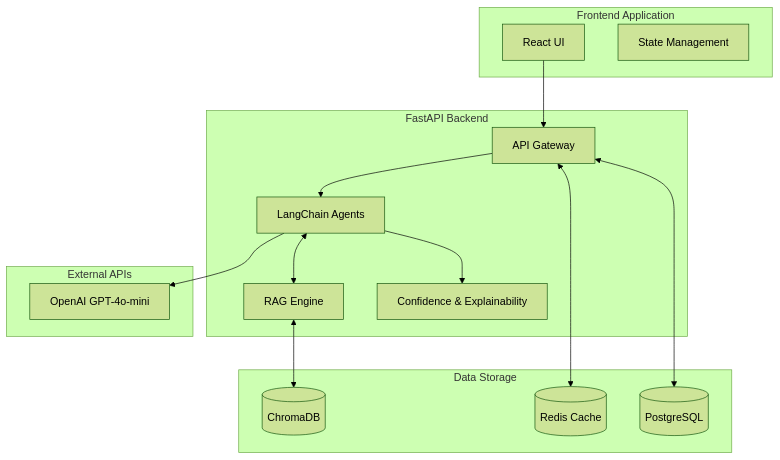
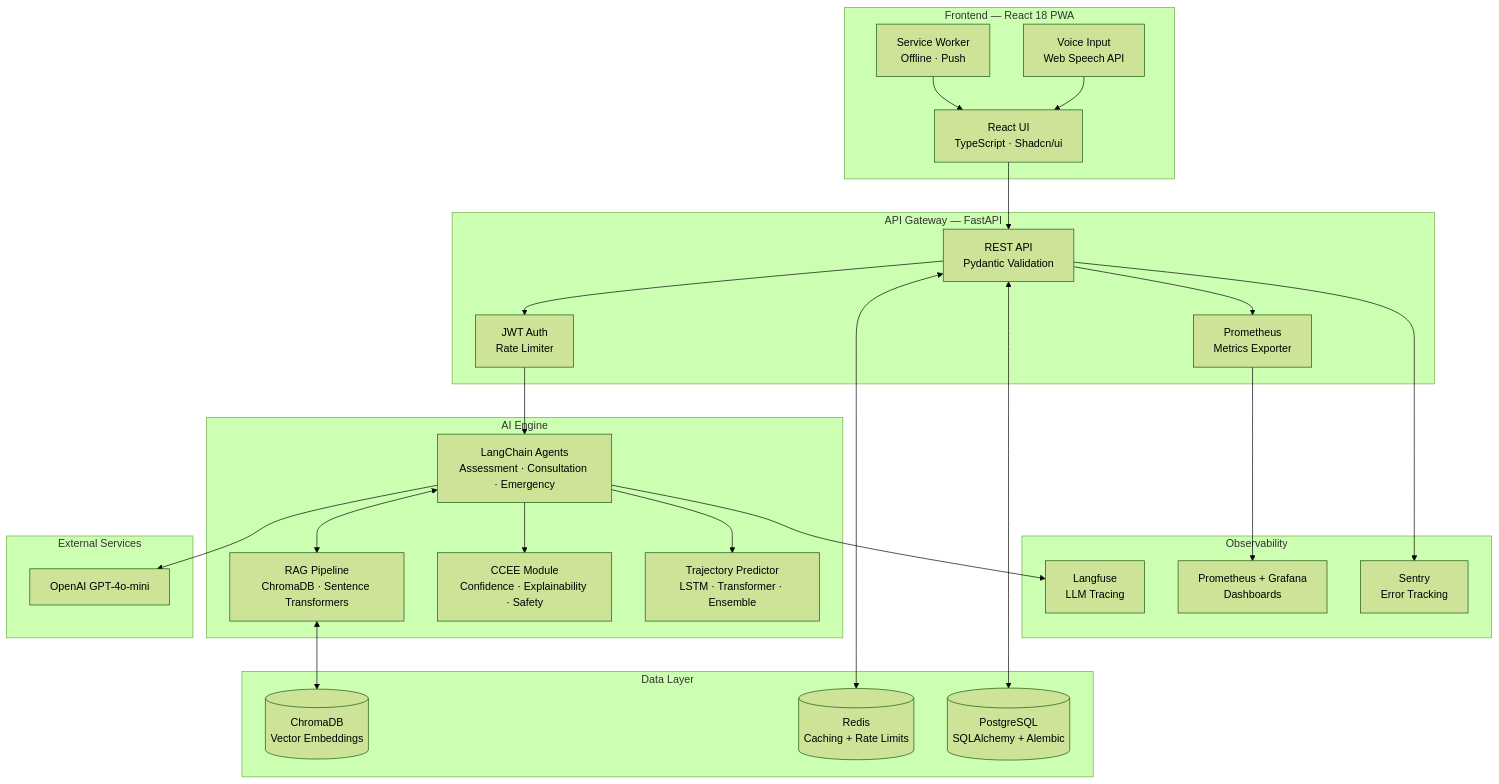
The first of 2 diagrams in README.md (josephkamau32/Telivus-AI), drawn with Mermaid (forest theme) before and after one commit. The commit also changed other lines of this file, not shown here.

Commit message:
docs: rewrite README with DSGVO compliance, architecture diagrams, and recruiter-focused structure

````diff
--- a/README.md
+++ b/README.md
@@ -58,37 +105,54 @@
 ```mermaid
 graph TD
-    %% Frontend Layer
-    subgraph Frontend [Frontend Application]
-        UI[React UI]
-        State[State Management]
+    subgraph Client ["Frontend — React 18 PWA"]
+        UI["React UI<br/>TypeScript · Shadcn/ui"]
+        SW["Service Worker<br/>Offline · Push"]
+        Voice["Voice Input<br/>Web Speech API"]
     end
 
-    %% Backend Layer
-    subgraph Backend [FastAPI Backend]
-        API[API Gateway]
-        Agents[LangChain Agents]
-        RAG[RAG Engine]
-        CCEE[Confidence & Explainability]
+    subgraph Gateway ["API Gateway — FastAPI"]
+        API["REST API<br/>Pydantic Validation"]
+        Auth["JWT Auth<br/>Rate Limiter"]
+        Metrics["Prometheus<br/>Metrics Exporter"]
     end
 
-    %% Storage Layer
-    subgraph Storage [Data Storage]
-        PG[(PostgreSQL)]
-        Redis[(Redis Cache)]
-        Chroma[(ChromaDB)]
+    subgraph AI ["AI Engine"]
+        Agents["LangChain Agents<br/>Assessment · Consultation · Emergency"]
+        RAG["RAG Pipeline<br/>ChromaDB · Sentence Transformers"]
+        CCEE["CCEE Module<br/>Confidence · Explainability · Safety"]
+        Trajectory["Trajectory Predictor<br/>LSTM · Transformer · Ensemble"]
     end
 
-    %% External Services
-    subgraph External [External APIs]
-        LLM[OpenAI GPT-4o-mini]
+    subgraph Data ["Data Layer"]
+        PG[("PostgreSQL<br/>SQLAlchemy + Alembic")]
+        Redis[("Redis<br/>Caching + Rate Limits")]
+        Chroma[("ChromaDB<br/>Vector Embeddings")]
+    end
+
+    subgraph Ops ["Observability"]
+        Langfuse["Langfuse<br/>LLM Tracing"]
+        Sentry["Sentry<br/>Error Tracking"]
+        Prom["Prometheus + Grafana<br/>Dashboards"]
+    end
+
+    subgraph External ["External Services"]
+        LLM["OpenAI GPT-4o-mini"]
     end
 
     UI --> API
-    API --> Agents
+    Voice --> UI
+    SW --> UI
+    API --> Auth
+    Auth --> Agents
     Agents --> LLM
     Agents <--> RAG
     RAG <--> Chroma
+    Agents --> CCEE
+    Agents --> Trajectory
     API <--> Redis
     API <--> PG
-    Agents --> CCEE
+    API --> Metrics
+    Agents --> Langfuse
+    API --> Sentry
+    Metrics --> Prom
 ```
````
